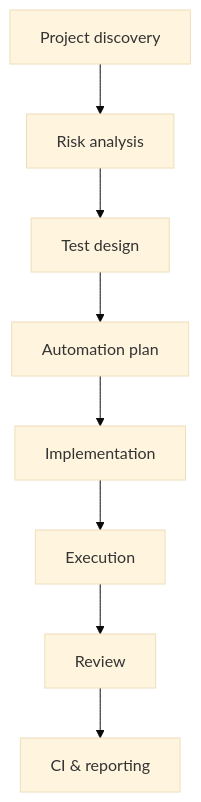
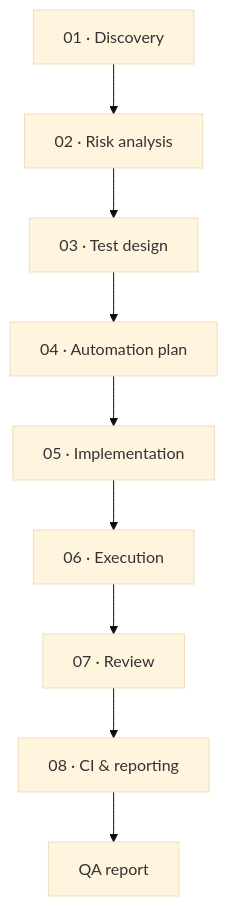
Before and after one commit to goosevv/gooseqa-toolkit: the diagram in README.md, drawn with Mermaid (base theme). The commit also changed other lines of this file, not shown here.

````diff
--- a/README.md
+++ b/README.md
@@ -89,10 +104,11 @@
 ```mermaid
 flowchart TD
-    A[Project discovery] --> B[Risk analysis]
-    B --> C[Test design]
-    C --> D[Automation plan]
-    D --> E[Implementation]
-    E --> F[Execution]
-    F --> G[Review]
-    G --> H[CI & reporting]
+    A[01 · Discovery] --> B[02 · Risk analysis]
+    B --> C[03 · Test design]
+    C --> D[04 · Automation plan]
+    D --> E[05 · Implementation]
+    E --> F[06 · Execution]
+    F --> G[07 · Review]
+    G --> H[08 · CI & reporting]
+    H --> I[QA report]
 ```
````
